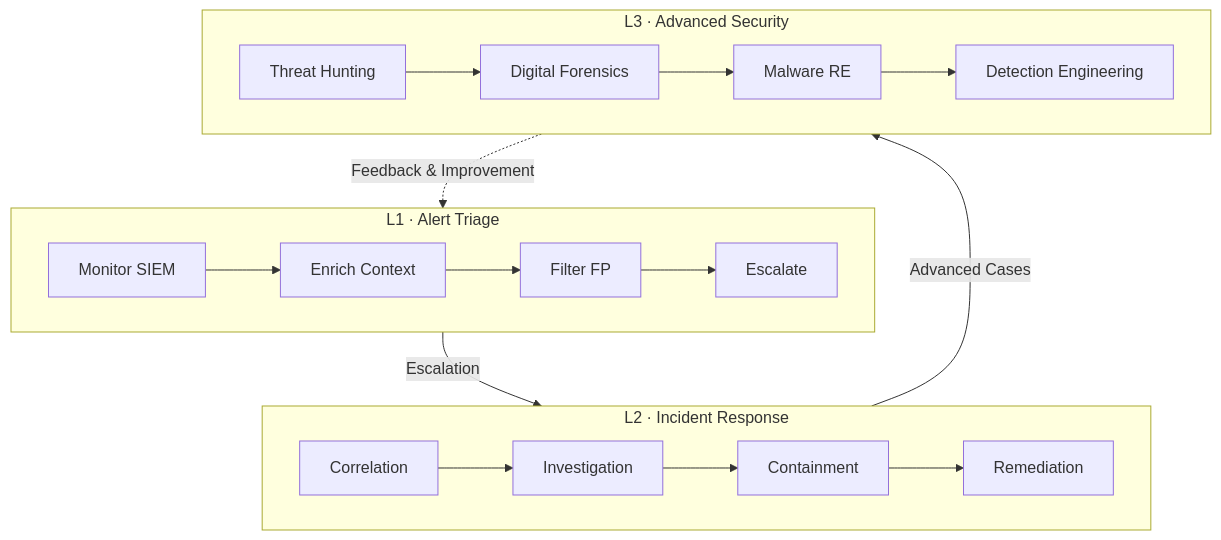
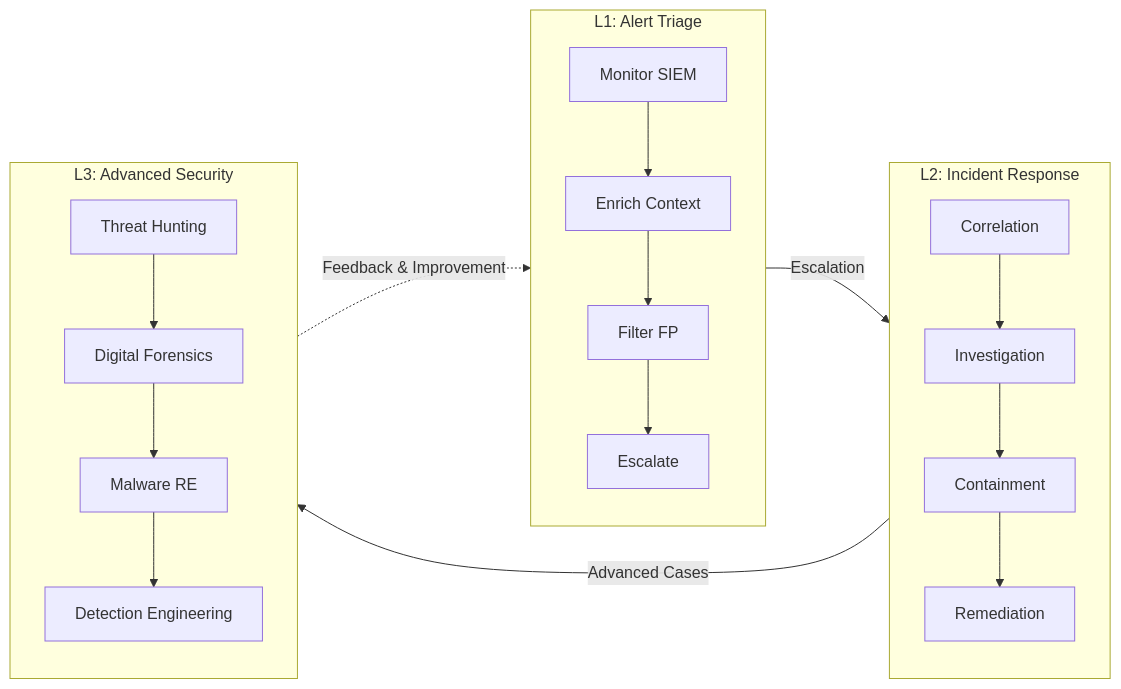
Before and after one commit to vuongdat67/silver-happiness: the second of 12 diagrams in docs/posts/splunk/week1/index.md, drawn with Mermaid. The commit also changed other lines of this file and 13 other files, not shown here.

````diff
--- a/docs/posts/splunk/week1/index.md
+++ b/docs/posts/splunk/week1/index.md
@@ -74,34 +74,34 @@
 ```mermaid
-flowchart TB
-    subgraph L1["L1 · Alert Triage"]
-        direction LR
+flowchart LR
+    subgraph L1["L1: Alert Triage"]
+        direction TB
         A1["Monitor SIEM"]
         A2["Enrich Context"]
         A3["Filter FP"]
         A4["Escalate"]
         A1 --> A2 --> A3 --> A4
     end
 
-    subgraph L2["L2 · Incident Response"]
-        direction LR
+    subgraph L2["L2: Incident Response"]
+        direction TB
         B1["Correlation"]
         B2["Investigation"]
         B3["Containment"]
         B4["Remediation"]
         B1 --> B2 --> B3 --> B4
     end
 
-    subgraph L3["L3 · Advanced Security"]
-        direction LR
+    subgraph L3["L3: Advanced Security"]
+        direction TB
         C1["Threat Hunting"]
         C2["Digital Forensics"]
         C3["Malware RE"]
         C4["Detection Engineering"]
         C1 --> C2 --> C3 --> C4
     end
 
     L1 -->|"Escalation"| L2
     L2 -->|"Advanced Cases"| L3
     L3 -.->|"Feedback & Improvement"| L1
 
 ```
````
